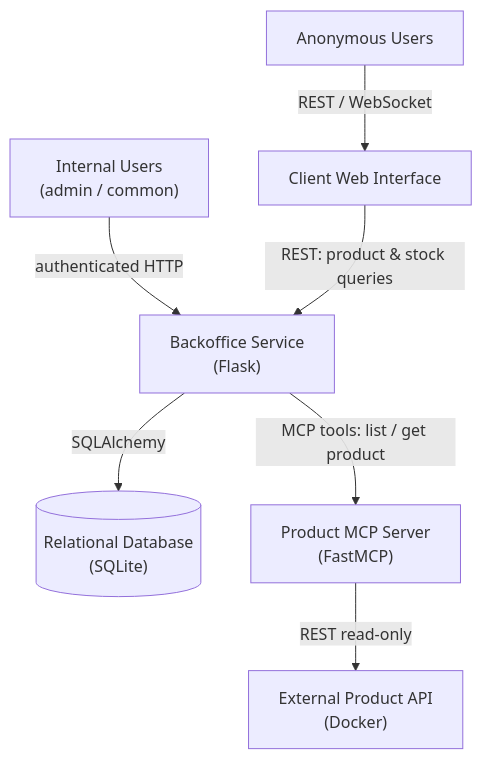
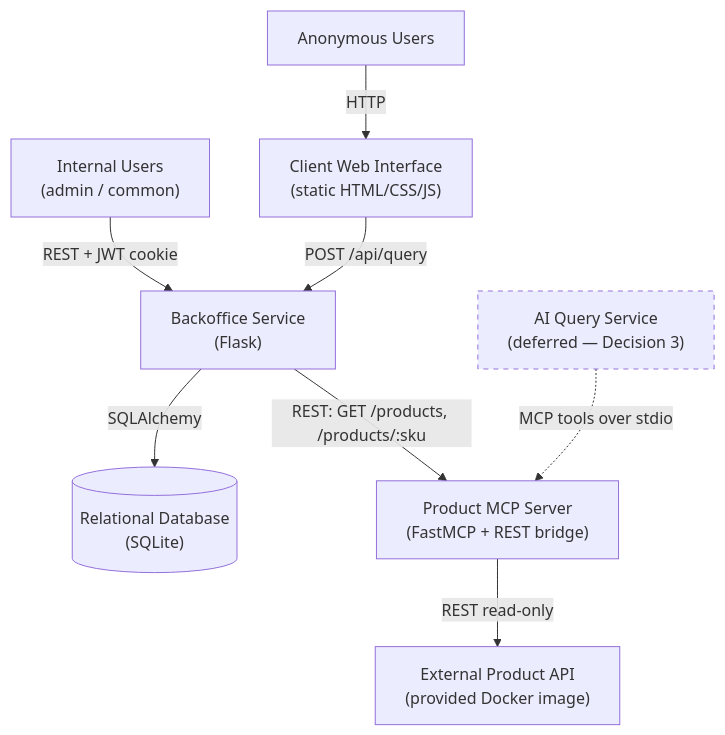
One commit to McPe4ce/Hbntory changed the second of 3 diagrams in docs/diagrams/diagrams.md. Above: the diagram before and after it, drawn with Mermaid. The commit also changed other lines of this file and 5 other files, not shown here.

````diff
--- a/docs/diagrams/diagrams.md
+++ b/docs/diagrams/diagrams.md
@@ -51,13 +69,18 @@
 ```mermaid
 flowchart TD
     Internal["Internal Users<br/>(admin / common)"]
     Public["Anonymous Users"]
 
-    Internal -->|authenticated HTTP| BO["Backoffice Service<br/>(Flask)"]
-    Public -->|REST / WebSocket| CW["Client Web Interface"]
+    Internal -->|"REST + JWT cookie"| BO["Backoffice Service<br/>(Flask)"]
+    Public -->|"HTTP"| CW["Client Web Interface<br/>(static HTML/CSS/JS)"]
 
-    CW -->|REST: product & stock queries| BO
-    BO -->|SQLAlchemy| DB[("Relational Database<br/>(SQLite)")]
-    BO -->|MCP tools: list / get product| MCP["Product MCP Server<br/>(FastMCP)"]
-    MCP -->|REST read-only| API["External Product API<br/>(Docker)"]
+    CW -->|"POST /api/query"| BO
+    BO -->|"SQLAlchemy"| DB[("Relational Database<br/>(SQLite)")]
+    BO -->|"REST: GET /products, /products/:sku"| MCP["Product MCP Server<br/>(FastMCP + REST bridge)"]
+    MCP -->|"REST read-only"| API["External Product API<br/>(provided Docker image)"]
+
+    Agent["AI Query Service<br/>(deferred — Decision 3)"]
+    Agent -.->|"MCP tools over stdio"| MCP
+
+    style Agent stroke-dasharray: 5 5
 ```
````
